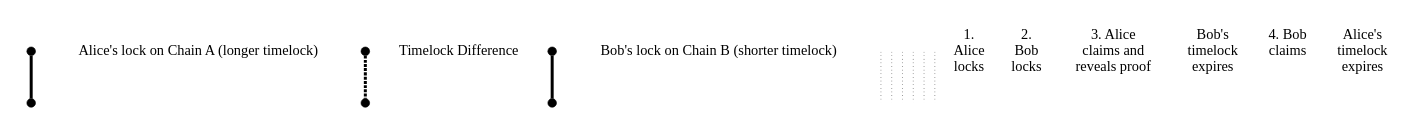
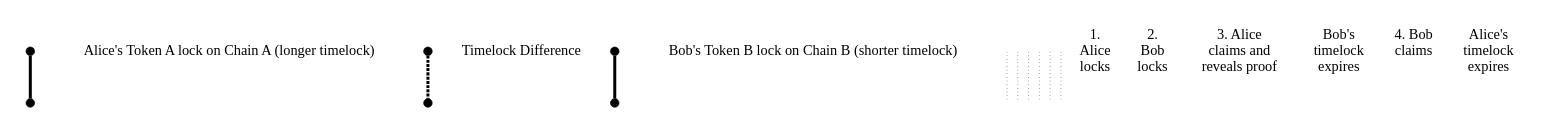
The second of 2 diagrams in mkdocs/pages/en/textbook/cross-chain-swaps.md (symbol/symbol), drawn with Graphviz before and after one commit. The commit also changed 4 other files, not shown here.

````diff
--- a/mkdocs/pages/en/textbook/cross-chain-swaps.md
+++ b/mkdocs/pages/en/textbook/cross-chain-swaps.md
@@ -100,58 +100,58 @@
 ```graphviz neato timelock-windows.svg
 digraph TimelockWindows {
     node [fontsize=24 shape=point width=0];
     edge [arrowhead=none];
     pad=0.5;
 
     // Alice's lock bar (Chain A - longer, top)
     A_start [pos="0,5!" width=0.2];
     A_end [pos="12,5!" width=0.2];
     A_start -> A_end [style=bold penwidth=5];
-    A_label [label="Alice's lock on Chain A (longer timelock)" shape=plaintext pos="6,5.3!"];
+    A_label [label="Alice's Token A lock on Chain A (longer timelock)" shape=plaintext pos="6,5.3!"];
 
     // Timelock Difference (between Bob's expiry and Alice's expiry)
     TG_start [pos="7,3.5!" width=0.2];
     TG_end [pos="12,3.5!" width=0.2];
     TG_start -> TG_end [style=dashed penwidth=5];
     TG_label [label="Timelock Difference" shape=plaintext pos="9.5,3.8!"];
 
     // Bob's lock bar (Chain B - shorter)
     B_start [pos="1,2!" width=0.2];
     B_end [pos="7,2!" width=0.2];
     B_start -> B_end [style=bold penwidth=5];
-    B_label [label="Bob's lock on Chain B (shorter timelock)" shape=plaintext pos="4,2.3!"];
+    B_label [label="Bob's Token B lock on Chain B (shorter timelock)" shape=plaintext pos="4,2.3!"];
 
     // Vertical ticks
     T1_top [pos="0,5!"];
     T1_bot [pos="0,0.8!"];
     T1_top -> T1_bot [style=dotted];
 
     T2_top [pos="1,2!"];
     T2_bot [pos="1,0.8!"];
     T2_top -> T2_bot [style=dotted];
 
     T3_top [pos="5,2!"];
     T3_bot [pos="5,0.8!"];
     T3_top -> T3_bot [style=dotted];
 
     T4_top [pos="7,2!"];
     T4_bot [pos="7,0.8!"];
     T4_top -> T4_bot [style=dotted];
 
     T5_top [pos="10,5!"];
     T5_bot [pos="10,0.8!"];
     T5_top -> T5_bot [style=dotted];
 
     T6_top [pos="12,5!"];
     T6_bot [pos="12,0.8!"];
     T6_top -> T6_bot [style=dotted];
 
     // Labels below
     L1 [label="1.\nAlice\nlocks" shape=plaintext pos="0,0.2!"];
     L2 [label="2.\nBob\nlocks" shape=plaintext pos="1,0.2!"];
     L3 [label="3. Alice\nclaims and\nreveals proof" shape=plaintext pos="5,0.2!"];
     L4 [label="Bob's\ntimelock\nexpires" shape=plaintext pos="7,0.2!"];
     L5 [label="4. Bob\nclaims\n " shape=plaintext pos="10,0.2!"];
     L6 [label="Alice's\ntimelock\nexpires" shape=plaintext pos="12,0.2!"];
 }
 ```
````
